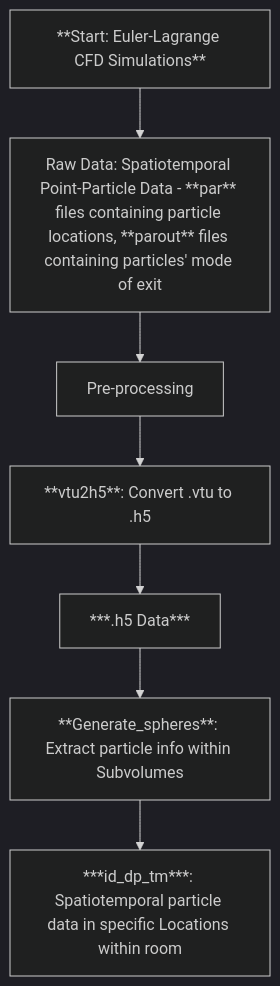
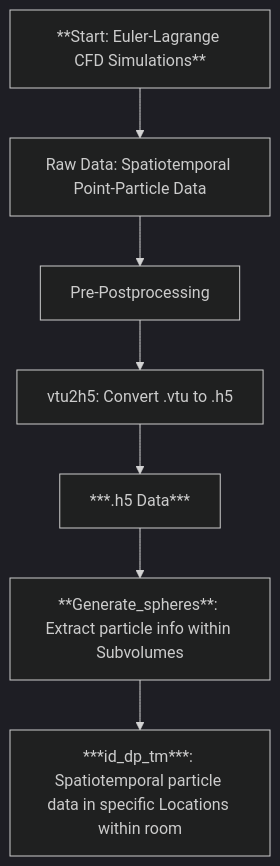
Before and after one commit to krishnap561997/MADRAS: the diagram in README.md, drawn with Mermaid (dark theme). The commit also changed other lines of this file, not shown here.

````diff
--- a/README.md
+++ b/README.md
@@ -13,13 +15,13 @@
 ```mermaid
 graph TD;
-    A[**Start: Euler-Lagrange CFD Simulations**] --> B[Raw Data: Spatiotemporal Point-Particle Data - **par** files containing particle locations, **parout** files containing particles' mode of exit]
+    A[**Start: Euler-Lagrange CFD Simulations**] --> B[Raw Data: Spatiotemporal Point-Particle Data]
 
-    B --> C[Pre-processing]
+    B --> C[Pre-Postprocessing]
 
-    C --> D[**vtu2h5**: Convert .vtu to .h5]
+    C --> D[vtu2h5: Convert .vtu to .h5]
     D --> E[***.h5 Data***]
 
     E --> F[**Generate_spheres**: Extract particle info within Subvolumes]
 
     F --> G[***id_dp_tm***: Spatiotemporal particle data in specific Locations within room]    
 ```
````
